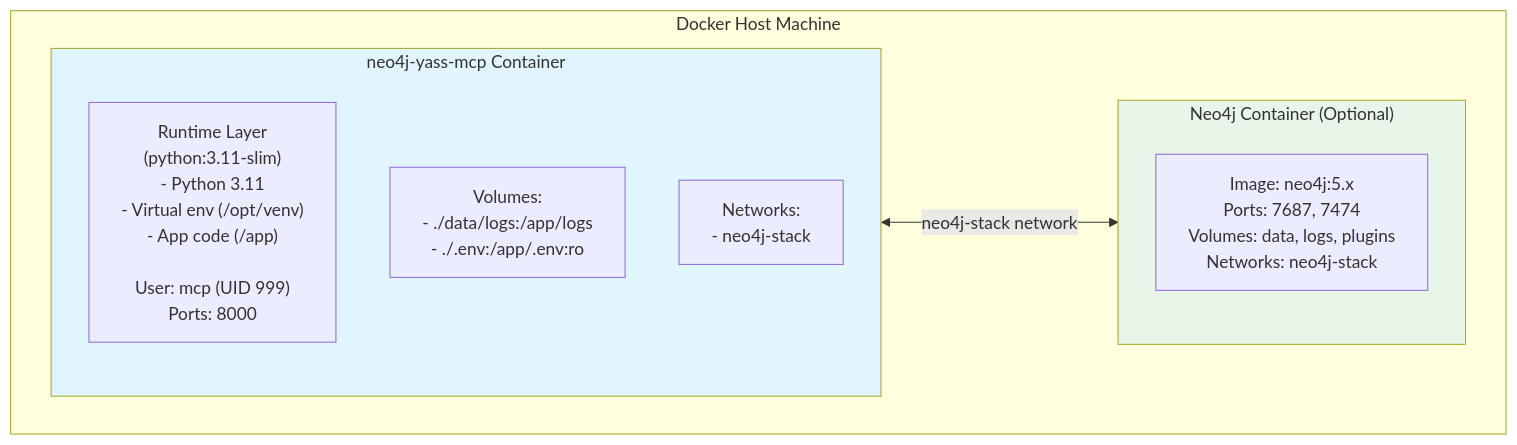
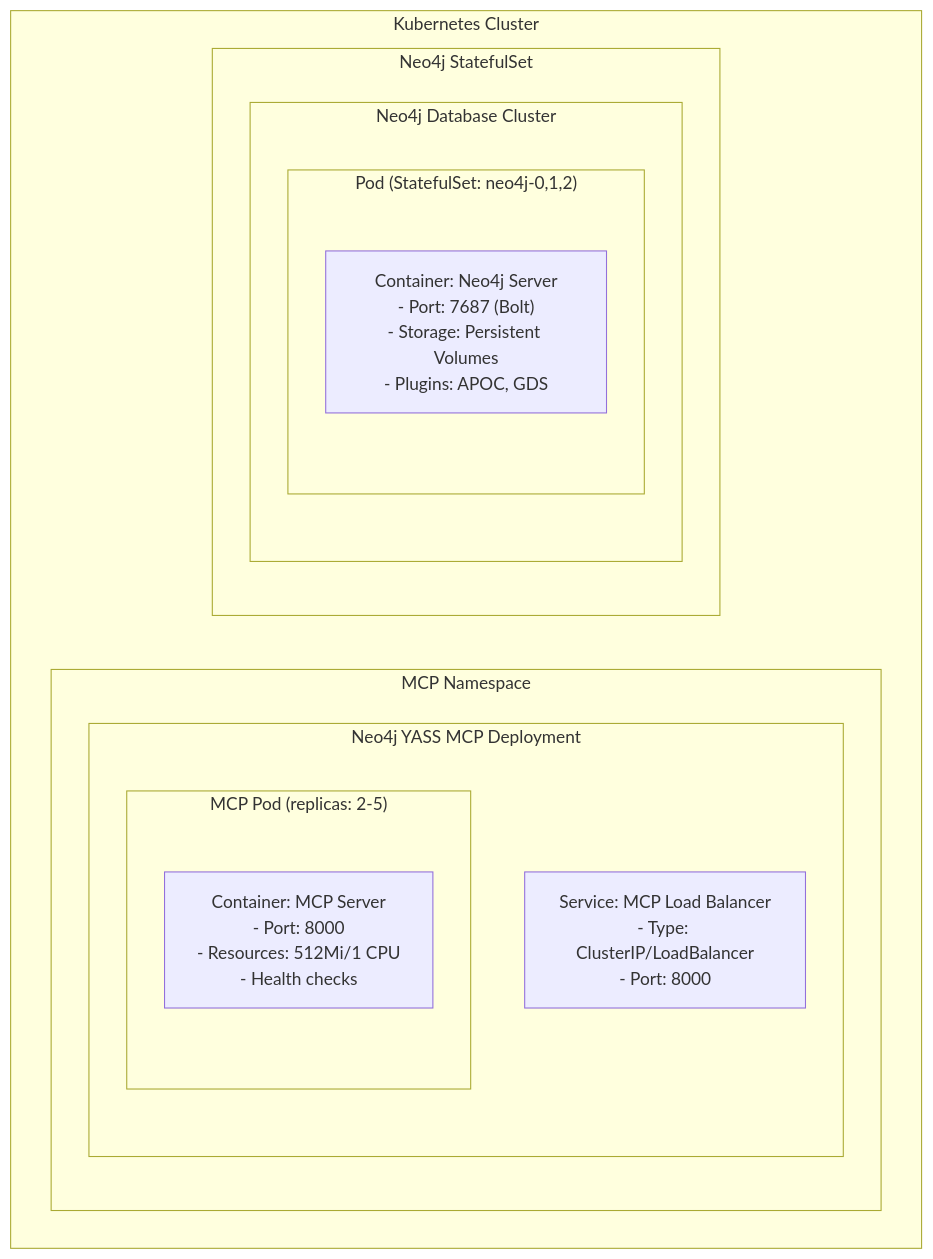
Diagram 27 of 58 in docs/SOFTWARE_ARCHITECTURE.md (hdjebar/neo4j-yass-mcp), drawn with Mermaid before and after one commit. The commit also changed other lines of this file, not shown here.

Commit message:
Integrate Mermaid diagrams and enhance architecture documentation

````diff
--- a/docs/SOFTWARE_ARCHITECTURE.md
+++ b/docs/SOFTWARE_ARCHITECTURE.md
@@ -668,21 +871,22 @@
 ```mermaid
 graph TB
-    subgraph DockerHost["Docker Host Machine"]
-        subgraph MCPContainer["neo4j-yass-mcp Container"]
-            Runtime["Runtime Layer<br/>(python:3.11-slim)<br/>- Python 3.11<br/>- Virtual env (/opt/venv)<br/>- App code (/app)<br/><br/>User: mcp (UID 999)<br/>Ports: 8000"]
+    subgraph "Kubernetes Cluster"
+        subgraph "MCP Namespace"
+            subgraph "Neo4j YASS MCP Deployment"
+                subgraph "MCP Pod (replicas: 2-5)"
+                    MA["Container: MCP Server<br/>- Port: 8000<br/>- Resources: 512Mi/1 CPU<br/>- Health checks"]
+                end
 
-            Volumes["Volumes:<br/>- ./data/logs:/app/logs<br/>- ./.env:/app/.env:ro"]
-
-            Networks["Networks:<br/>- neo4j-stack"]
+                MB["Service: MCP Load Balancer<br/>- Type: ClusterIP/LoadBalancer<br/>- Port: 8000"]
+            end
         end
 
-        subgraph Neo4jContainer["Neo4j Container (Optional)"]
-            Neo4jImage["Image: neo4j:5.x<br/>Ports: 7687, 7474<br/>Volumes: data, logs, plugins<br/>Networks: neo4j-stack"]
+        subgraph "Neo4j StatefulSet"
+            subgraph "Neo4j Database Cluster"
+                subgraph "Pod (StatefulSet: neo4j-0,1,2)"
+                    NA["Container: Neo4j Server<br/>- Port: 7687 (Bolt)<br/>- Storage: Persistent Volumes<br/>- Plugins: APOC, GDS"]
+                end
+            end
         end
     end
-
-    MCPContainer <-->|neo4j-stack network| Neo4jContainer
-
-    style MCPContainer fill:#e1f5ff
-    style Neo4jContainer fill:#e8f5e9
 ```
````
